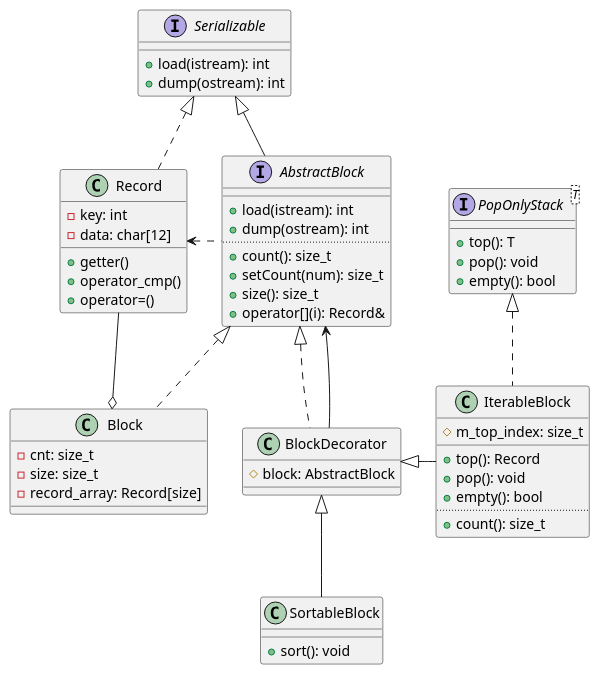
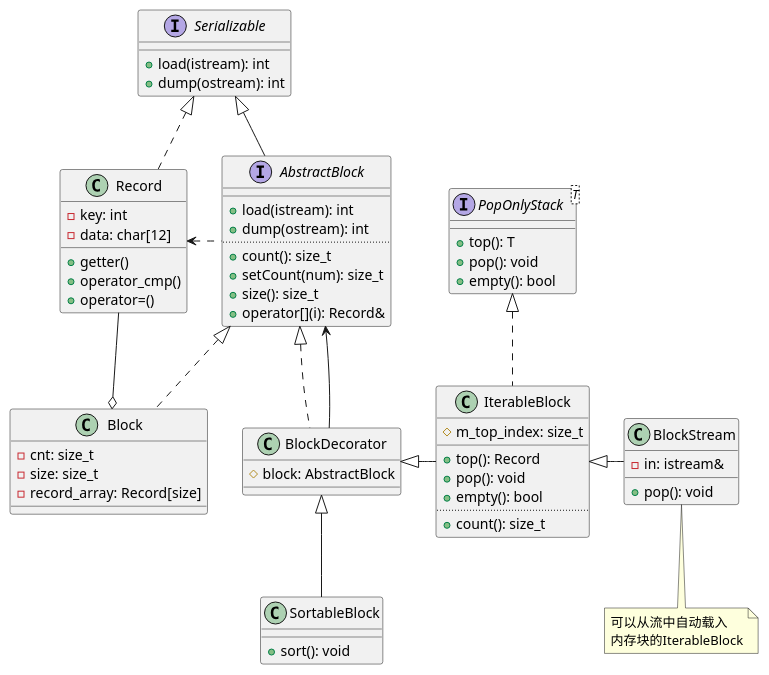
One commit to old6ix/HIT-Database-System-Labs changed the diagram in docs/ClassDiagram.puml. Above: the diagram before and after it, drawn with PlantUML. The commit also changed 7 other files, not shown here.

Commit message:
完成内存块流（BlockStream）类的实现和测试

```diff
--- a/docs/ClassDiagram.puml
+++ b/docs/ClassDiagram.puml
@@ -1,76 +1,88 @@
 interface Serializable
 {
     +load(istream): int
     +dump(ostream): int
 }
 
 class Record
 {
     -key: int
     -data: char[12]
     +getter()
     +operator_cmp()
     +operator=()
 }
 
 interface AbstractBlock
 {
     __
     +load(istream): int
     +dump(ostream): int
     ..
     +count(): size_t
     +setCount(num): size_t
     +size(): size_t
     +operator[](i): Record&
 }
 
 class Block
 {
     -cnt: size_t
     -size: size_t
     -record_array: Record[size]
 }
 
 class BlockDecorator
 {
     #block: AbstractBlock
 }
 
 class SortableBlock
 {
     +sort(): void
 }
 
 interface PopOnlyStack<T>
 {
     +top(): T
     +pop(): void
     +empty(): bool
 }
 
 class IterableBlock
 {
     #m_top_index: size_t
     __
     +top(): Record
     +pop(): void
     +empty(): bool
     ..
     +count(): size_t
 }
 
+class BlockStream
+{
+    -in: istream&
+    __
+    +pop(): void
+}
+note bottom of BlockStream
+    可以从流中自动载入
+    内存块的IterableBlock
+endnote
+
 Serializable <|.. Record
 Serializable <|-- AbstractBlock
 AbstractBlock <|.. BlockDecorator
 AbstractBlock <-- BlockDecorator
 
 BlockDecorator <|-- SortableBlock
 BlockDecorator <|- IterableBlock
+IterableBlock <|- BlockStream
 
 Record <. AbstractBlock
 AbstractBlock <|.. Block
 
 PopOnlyStack <|.. IterableBlock
 
 Record -o Block
```
